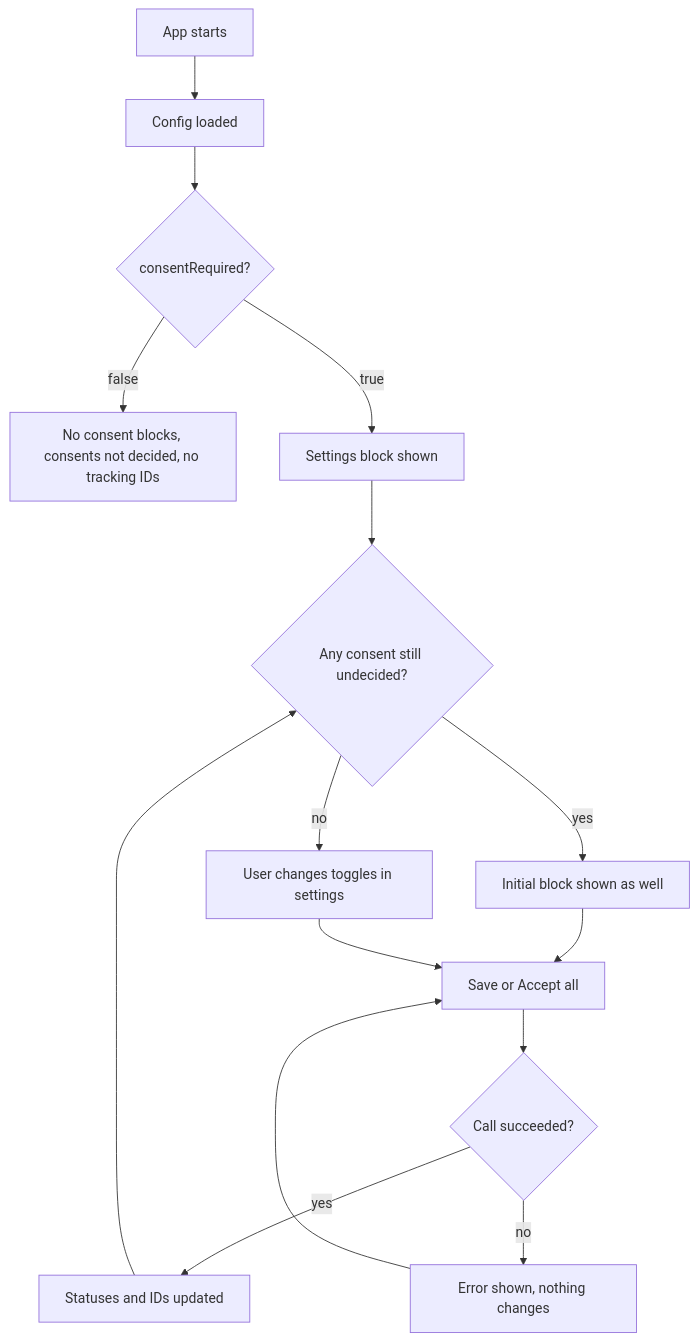
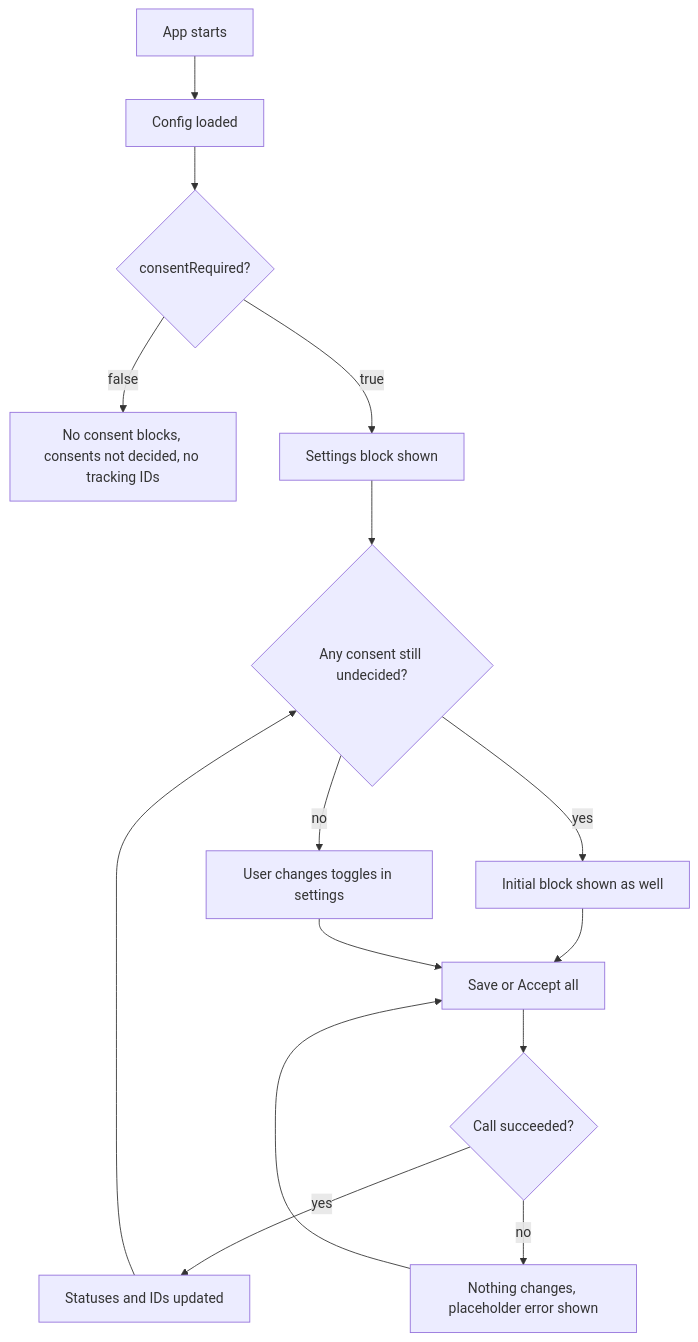
Before and after one commit to fedorovsky/docs: the diagram in playground/app/docs/features/identity-tracking-consent/en/prd.md, drawn with Mermaid. The commit also changed other lines of this file and 6 other files, not shown here.

````diff
--- a/playground/app/docs/features/identity-tracking-consent/en/prd.md
+++ b/playground/app/docs/features/identity-tracking-consent/en/prd.md
@@ -50,17 +50,17 @@
 ```mermaid
 flowchart TD
   Start[App starts] --> Config[Config loaded]
   Config --> Required{consentRequired?}
   Required -- false --> Hidden[No consent blocks, consents not decided, no tracking IDs]
   Required -- true --> Settings[Settings block shown]
   Settings --> Undecided{Any consent still undecided?}
   Undecided -- yes --> Initial[Initial block shown as well]
   Undecided -- no --> Wait[User changes toggles in settings]
   Initial --> Save[Save or Accept all]
   Wait --> Save
   Save --> Result{Call succeeded?}
   Result -- yes --> Updated[Statuses and IDs updated]
-  Result -- no --> Error[Error shown, nothing changes]
+  Result -- no --> Error[Nothing changes, placeholder error shown]
   Updated --> Undecided
   Error --> Save
 ```
````
